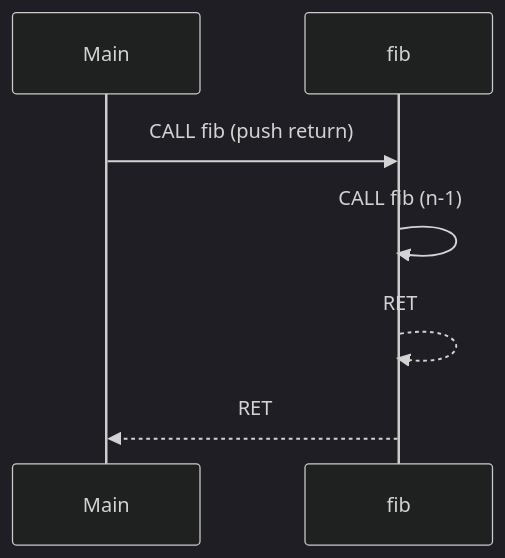
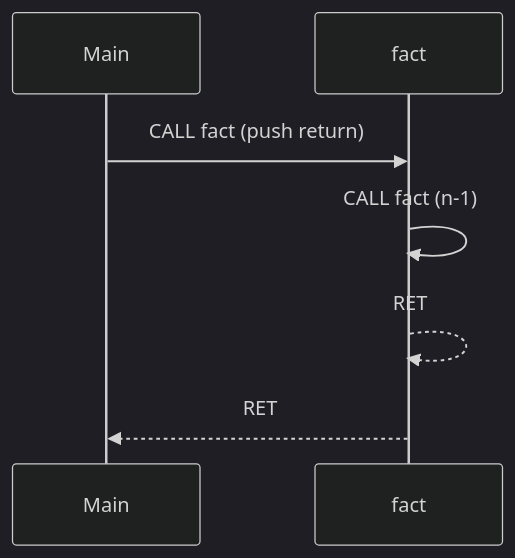
The diagram in courses/programming-fundamentals/lab-07-call-and-return.notes.md (ReallyPablo/Programming-Practice-Projects), drawn with Mermaid (dark theme) before and after one commit. The commit also changed other lines of this file and 30 other files, not shown here.

````diff
--- a/courses/programming-fundamentals/lab-07-call-and-return.notes.md
+++ b/courses/programming-fundamentals/lab-07-call-and-return.notes.md
@@ -22,9 +31,9 @@
 ```mermaid
 sequenceDiagram
   participant Main
-  participant Fib as fib
-  Main->>Fib: CALL fib (push return)
-  Fib->>Fib: CALL fib (n-1)
-  Fib-->>Fib: RET
-  Fib-->>Main: RET
+  participant Fact as fact
+  Main->>Fact: CALL fact (push return)
+  Fact->>Fact: CALL fact (n-1)
+  Fact-->>Fact: RET
+  Fact-->>Main: RET
 ```
````
